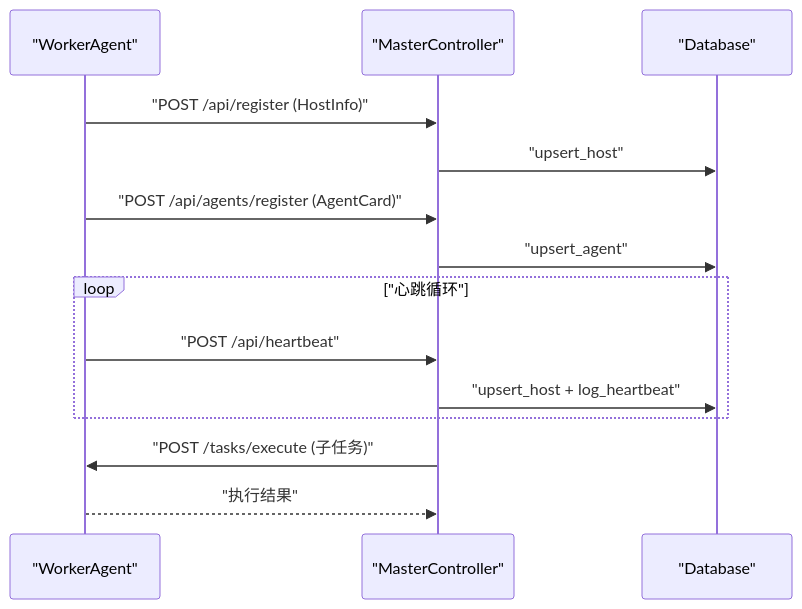
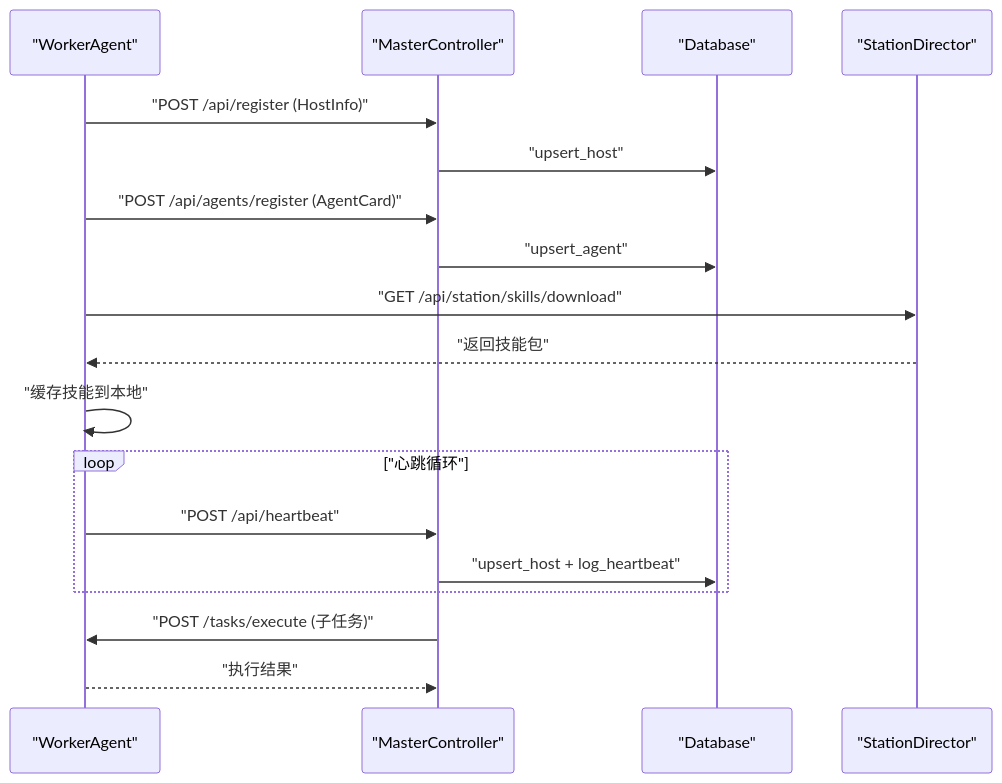
One commit to targalian/Personal-distributed-workstation changed the sixth of 11 diagrams in .qoder/repowiki/zh/content/架构设计/Worker 代理/Worker 代理.md. Above: the diagram before and after it, drawn with Mermaid. The commit also changed other lines of this file and 92 other files, not shown here.

````diff
--- a/.qoder/repowiki/zh/content/架构设计/Worker 代理/Worker 代理.md
+++ b/.qoder/repowiki/zh/content/架构设计/Worker 代理/Worker 代理.md
@@ -272,16 +297,20 @@
 ```mermaid
 sequenceDiagram
 participant Worker as "WorkerAgent"
 participant Master as "MasterController"
 participant DB as "Database"
+participant SD as "StationDirector"
 Worker->>Master : "POST /api/register (HostInfo)"
 Master->>DB : "upsert_host"
 Worker->>Master : "POST /api/agents/register (AgentCard)"
 Master->>DB : "upsert_agent"
+Worker->>SD : "GET /api/station/skills/download"
+SD-->>Worker : "返回技能包"
+Worker->>Worker : "缓存技能到本地"
 loop "心跳循环"
 Worker->>Master : "POST /api/heartbeat"
 Master->>DB : "upsert_host + log_heartbeat"
 end
 Master->>Worker : "POST /tasks/execute (子任务)"
 Worker-->>Master : "执行结果"
 ```
````
